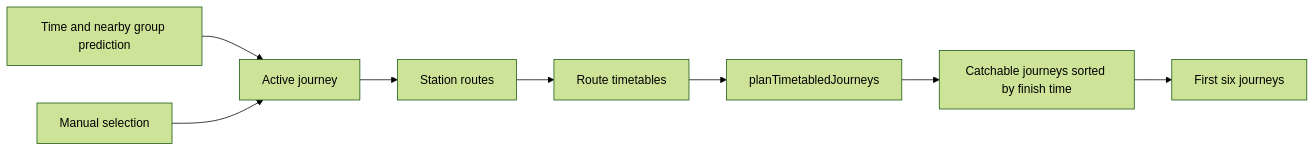
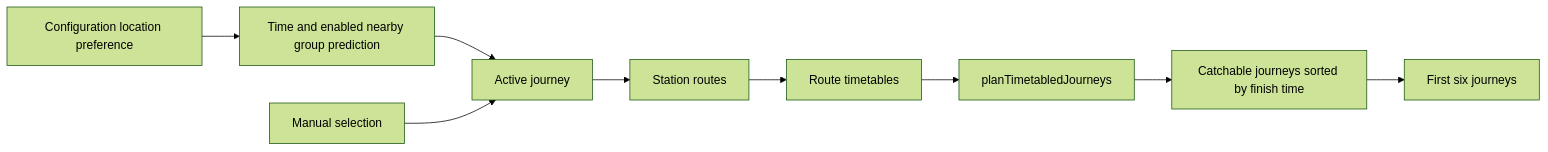
Before and after one commit to nd9600/trainDashboard: the first of 5 diagrams in docs/journey-planning.md, drawn with Mermaid (forest theme). The commit also changed other lines of this file and 12 other files, not shown here.

````diff
--- a/docs/journey-planning.md
+++ b/docs/journey-planning.md
@@ -9,19 +9,21 @@
 ```mermaid
 flowchart LR
-    prediction[Time and nearby group prediction]
+    preference[Configuration location preference]
+    prediction[Time and enabled nearby group prediction]
     override[Manual selection]
     journey[Active journey]
     routes[Station routes]
     timetables[Route timetables]
     planner[planTimetabledJourneys]
     journeys[Catchable journeys sorted by finish time]
     display[First six journeys]
 
+    preference --> prediction
     prediction --> journey
     override --> journey
     journey --> routes
     routes --> timetables
     timetables --> planner
     planner --> journeys
     journeys --> display
 ```
````
